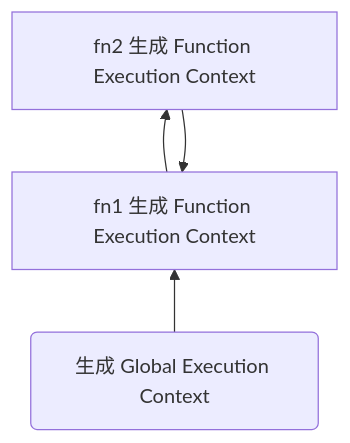
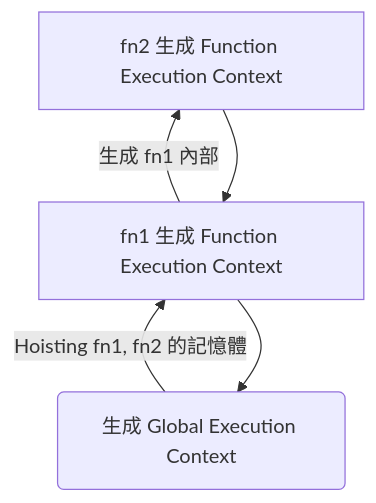
The diagram in JavaScript 全攻略：克服 JS 的奇怪部分（目錄）.md (Szyln/dontTrustYourLittleBrain), drawn with Mermaid before and after one commit. The commit also changed other lines of this file and 1 other file, not shown here.

````diff
--- a/JavaScript 全攻略：克服 JS 的奇怪部分（目錄）.md
+++ b/JavaScript 全攻略：克服 JS 的奇怪部分（目錄）.md
@@ -42,6 +49,7 @@
 ```mermaid
 graph BT
-A(生成 Global Execution Context) --> B[fn1 生成 Function Execution Context]
-B --> C[fn2 生成 Function Execution Context]
+A(生成 Global Execution Context) -->|Hoisting fn1, fn2 的記憶體|B[fn1 生成 Function Execution Context]
+B --> |生成 fn1 內部|C[fn2 生成 Function Execution Context]
 C --> B
+B --> A
 ```
````
